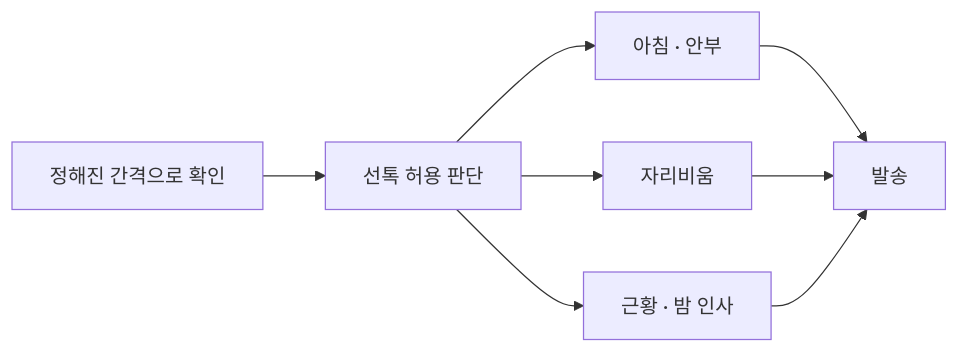
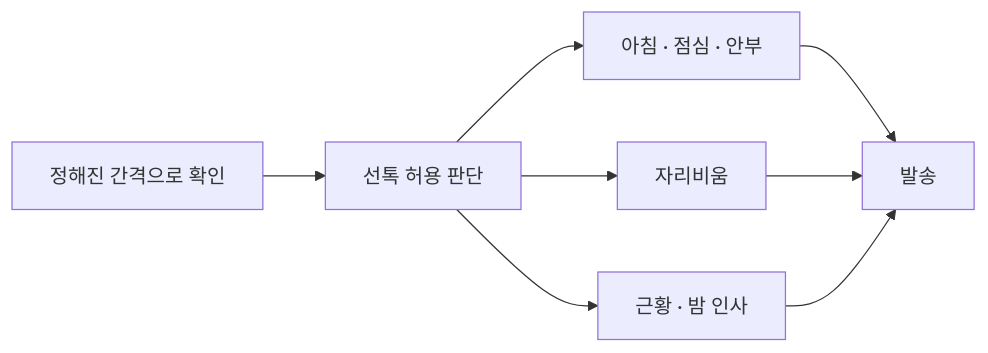
One commit to hyewon3938/random-ai-companion changed the third of 5 diagrams in modules.md. Above: the diagram before and after it, drawn with Mermaid. The commit also changed other lines of this file and 1 other file, not shown here.

Commit message:
docs: 선톡 발송 조건 변경을 ERD·모듈 구성에 반영 (#98)

````diff
--- a/modules.md
+++ b/modules.md
@@ -50,10 +50,10 @@
 ```mermaid
 flowchart LR
     TICK["정해진 간격으로 확인"] --> POLICY["선톡 허용 판단"]
-    POLICY --> DISP["아침 · 안부"]
+    POLICY --> DISP["아침 · 점심 · 안부"]
     POLICY --> AWAY["자리비움"]
     POLICY --> CATCH["근황 · 밤 인사"]
     DISP --> OUT["발송"]
     AWAY --> OUT
     CATCH --> OUT
 ```
````
